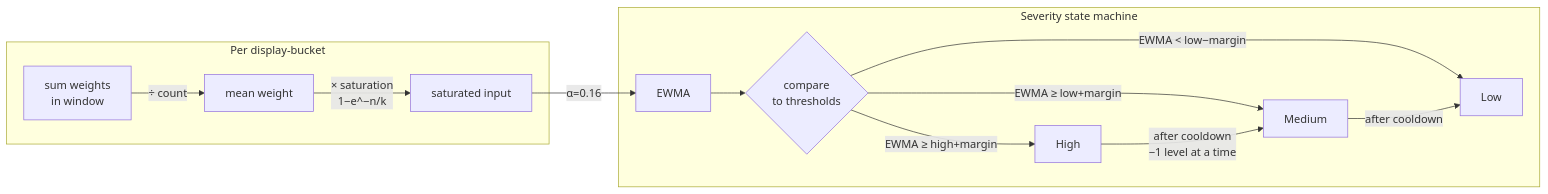
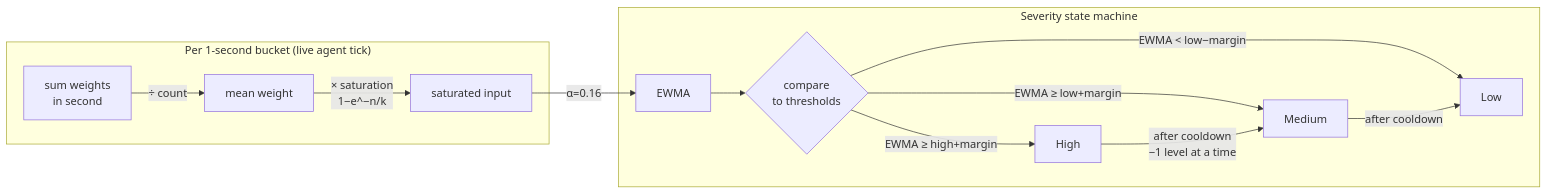
The third of 4 diagrams in internal/qbranch/anomalydetection-testbench/ANOMALY_SCORING.md (DataDog/datadog-agent), drawn with Mermaid before and after one commit. The commit also changed other lines of this file and 1 other file, not shown here.

First line of the commit message:
feat(timeline): EWMA at 1-second resolution, display aggregation render-only

````diff
--- a/internal/qbranch/anomalydetection-testbench/ANOMALY_SCORING.md
+++ b/internal/qbranch/anomalydetection-testbench/ANOMALY_SCORING.md
@@ -46,19 +51,19 @@
 ```mermaid
 flowchart LR
-    subgraph "Per display-bucket"
-        B1[sum weights\nin window] -->|÷ count| MW[mean weight]
+    subgraph "Per 1-second bucket (live agent tick)"
+        B1[sum weights\nin second] -->|÷ count| MW[mean weight]
         MW -->|× saturation\n1−e^−n/k| SI[saturated input]
     end
 
     SI -->|α=0.16| EW[EWMA]
 
     subgraph "Severity state machine"
         EW --> CMP{compare\nto thresholds}
         CMP -- EWMA ≥ high+margin  --> H[High]
         CMP -- EWMA ≥ low+margin   --> M[Medium]
         CMP -- EWMA < low−margin   --> L[Low]
 
         H -->|after cooldown\n−1 level at a time| M
         M -->|after cooldown| L
     end
 ```
````
